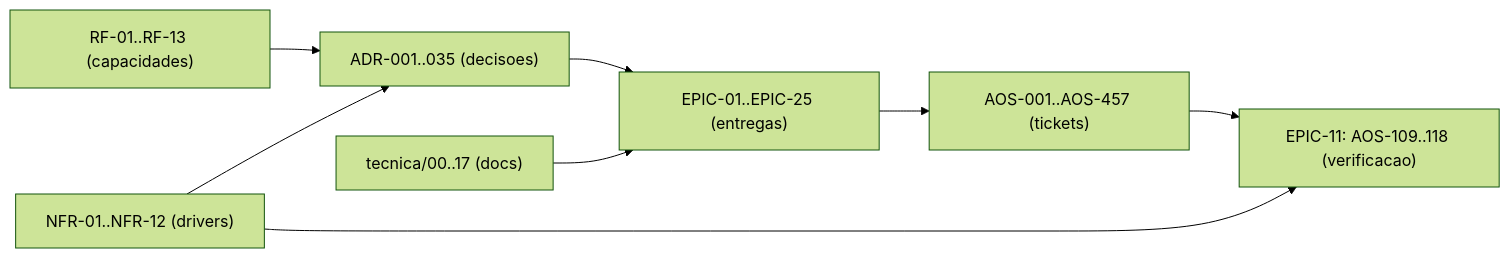
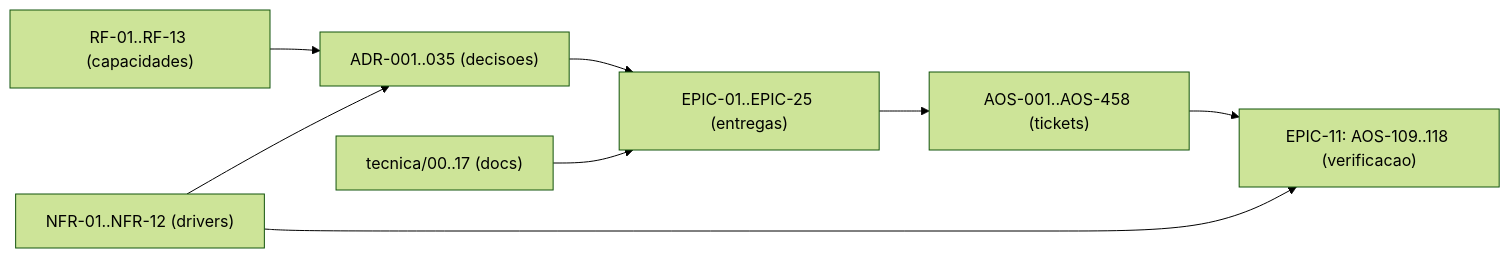
Before and after one commit to albinoJimy/aos: the diagram in tecnica/16_Rastreabilidade_RTM.md, drawn with Mermaid (forest theme). The commit also changed other lines of this file and 8 other files, not shown here.

````diff
--- a/tecnica/16_Rastreabilidade_RTM.md
+++ b/tecnica/16_Rastreabilidade_RTM.md
@@ -200,10 +200,10 @@
 ```mermaid
 flowchart LR
     RF["RF-01..RF-13 (capacidades)"] --> ADR["ADR-001..035 (decisoes)"]
     NFR["NFR-01..NFR-12 (drivers)"] --> ADR
     ADR --> EPIC["EPIC-01..EPIC-25 (entregas)"]
-    EPIC --> TICK["AOS-001..AOS-457 (tickets)"]
+    EPIC --> TICK["AOS-001..AOS-458 (tickets)"]
     DOC["tecnica/00..17 (docs)"] --> EPIC
     TICK --> TEST["EPIC-11: AOS-109..118 (verificacao)"]
     NFR --> TEST
 ```
````
